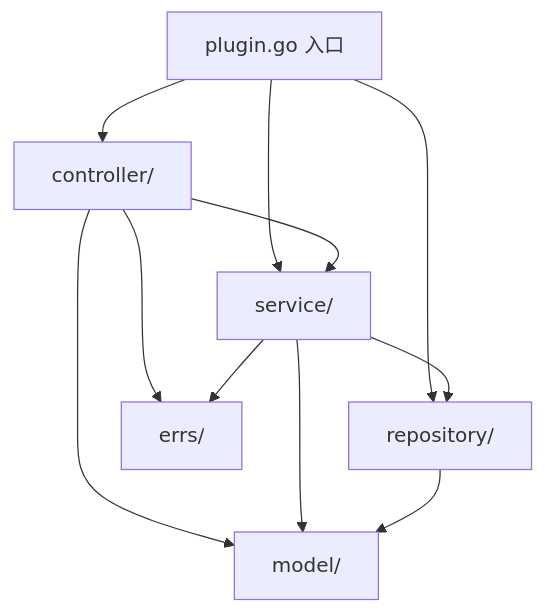
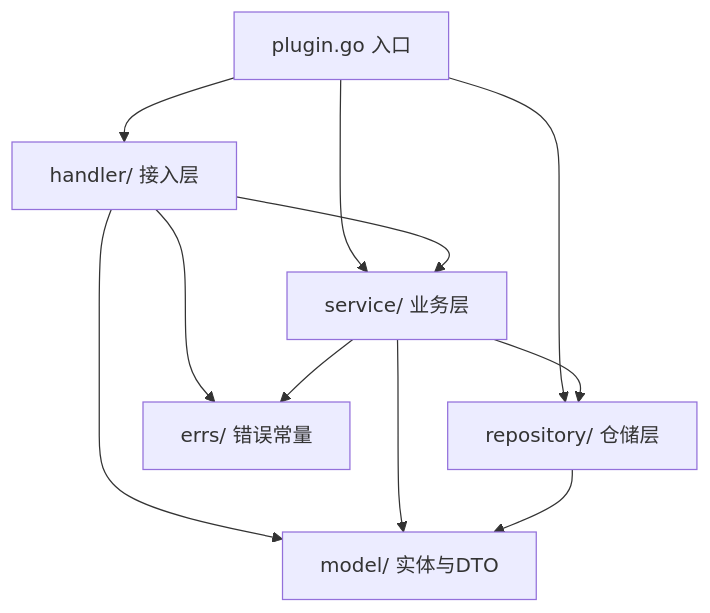
Before and after one commit to Rain-kl/Cyphr: the diagram in docs/superpowers/specs/2026-08-28-cordis-plugin-layered-architecture-spec.md, drawn with Mermaid. The commit also changed other lines of this file and 146 other files, not shown here.

````diff
--- a/docs/superpowers/specs/2026-08-28-cordis-plugin-layered-architecture-spec.md
+++ b/docs/superpowers/specs/2026-08-28-cordis-plugin-layered-architecture-spec.md
@@ -73,13 +85,13 @@
 ```mermaid
 graph TD
-    Plugin[plugin.go 入口] --> Controller[controller/]
-    Plugin --> Service[service/]
-    Plugin --> Repository[repository/]
-    Controller --> Service
-    Controller --> Model[model/]
-    Controller --> Errs[errs/]
+    Plugin[plugin.go 入口] --> Handler[handler/ 接入层]
+    Plugin --> Service[service/ 业务层]
+    Plugin --> Repository[repository/ 仓储层]
+    Handler --> Service
+    Handler --> Model[model/ 实体与DTO]
+    Handler --> Errs[errs/ 错误常量]
     Service --> Repository
     Service --> Model
     Service --> Errs
     Repository --> Model
 ```
````
